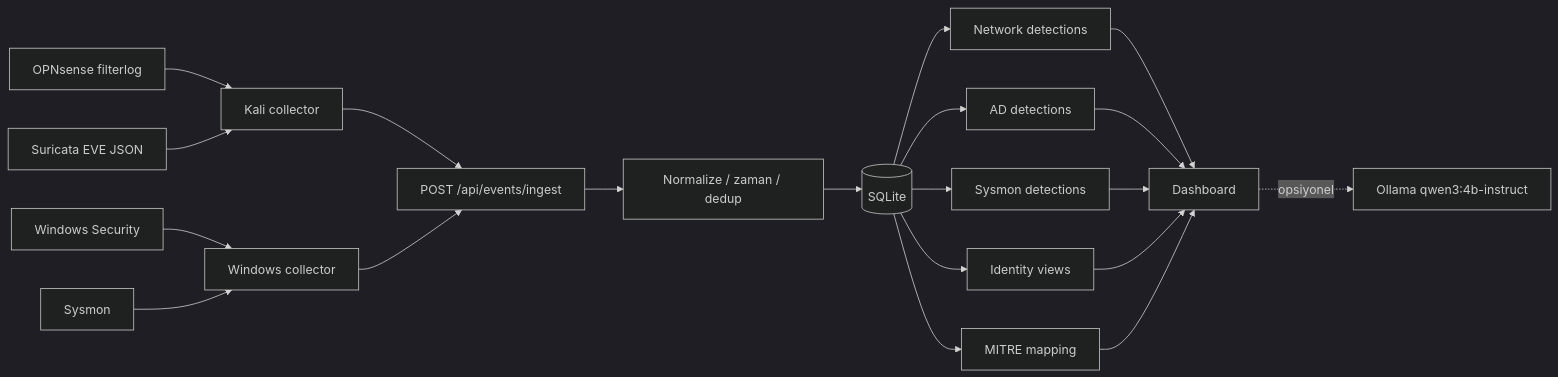
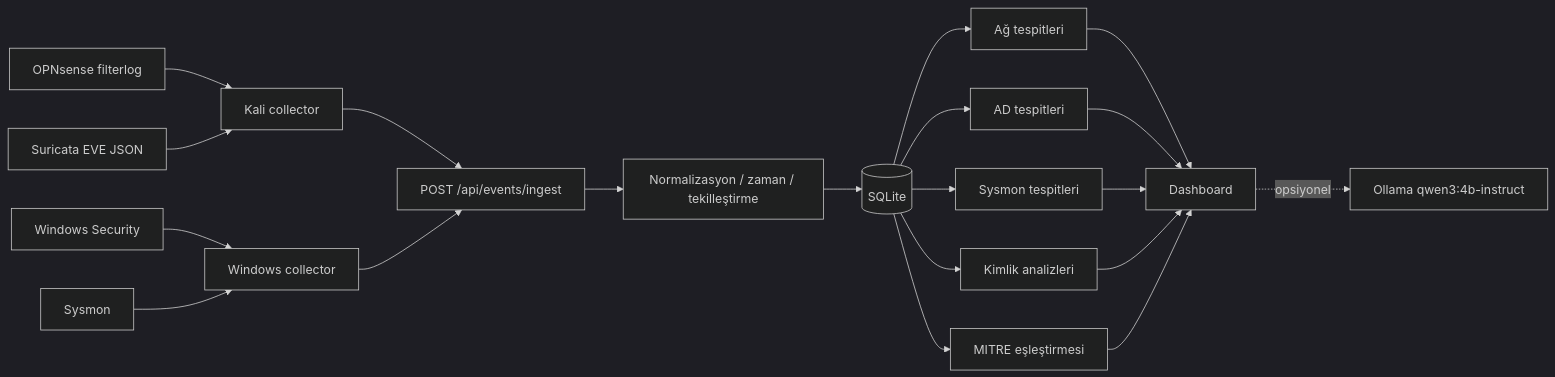
The diagram in README.tr.md (mahirkau1/AEGIS-SOC), drawn with Mermaid (dark theme) before and after one commit. The commit also changed other lines of this file and 10 other files, not shown here.

````diff
--- a/README.tr.md
+++ b/README.tr.md
@@ -108,22 +112,22 @@
 ```mermaid
 flowchart LR
     A[OPNsense filterlog] --> C[Kali collector]
     B[Suricata EVE JSON] --> C
     D[Windows Security] --> E[Windows collector]
     F[Sysmon] --> E
     C --> G[POST /api/events/ingest]
     E --> G
-    G --> H[Normalize / zaman / dedup]
+    G --> H[Normalizasyon / zaman / tekilleştirme]
     H --> I[(SQLite)]
-    I --> J[Network detections]
-    I --> K[AD detections]
-    I --> L[Sysmon detections]
-    I --> M[Identity views]
-    I --> N[MITRE mapping]
+    I --> J[Ağ tespitleri]
+    I --> K[AD tespitleri]
+    I --> L[Sysmon tespitleri]
+    I --> M[Kimlik analizleri]
+    I --> N[MITRE eşleştirmesi]
     J --> O[Dashboard]
     K --> O
     L --> O
     M --> O
     N --> O
     O -. opsiyonel .-> P[Ollama qwen3:4b-instruct]
 ```
````
